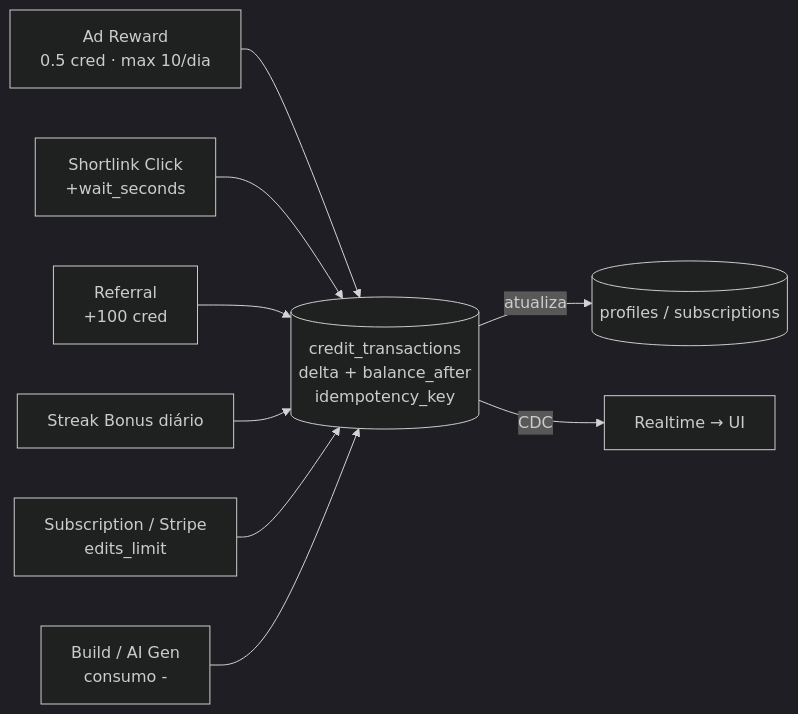
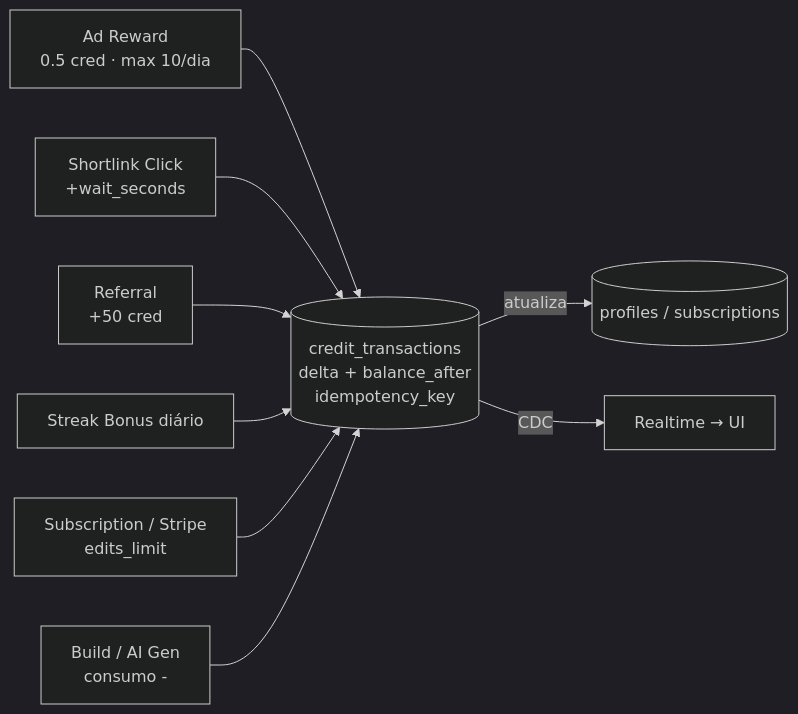
Before and after one commit to kuboprotocol/vertaldev: the fourth of 4 diagrams in README.md, drawn with Mermaid (dark theme). The commit also changed other lines of this file and 7 other files, not shown here.

````diff
--- a/README.md
+++ b/README.md
@@ -287,13 +287,13 @@
 ```mermaid
 flowchart LR
     A[Ad Reward<br/>0.5 cred · max 10/dia] --> LED
     S[Shortlink Click<br/>+wait_seconds]     --> LED
-    R[Referral<br/>+100 cred]                --> LED
+    R[Referral<br/>+50 cred]                 --> LED
     ST[Streak Bonus diário]                  --> LED
     SUB[Subscription / Stripe<br/>edits_limit] --> LED
     BUILD[Build / AI Gen<br/>consumo -] --> LED
 
     LED[(credit_transactions<br/>delta + balance_after<br/>idempotency_key)]
     LED -- atualiza --> P[(profiles / subscriptions)]
     LED -- CDC --> RT[Realtime → UI]
 ```
````
